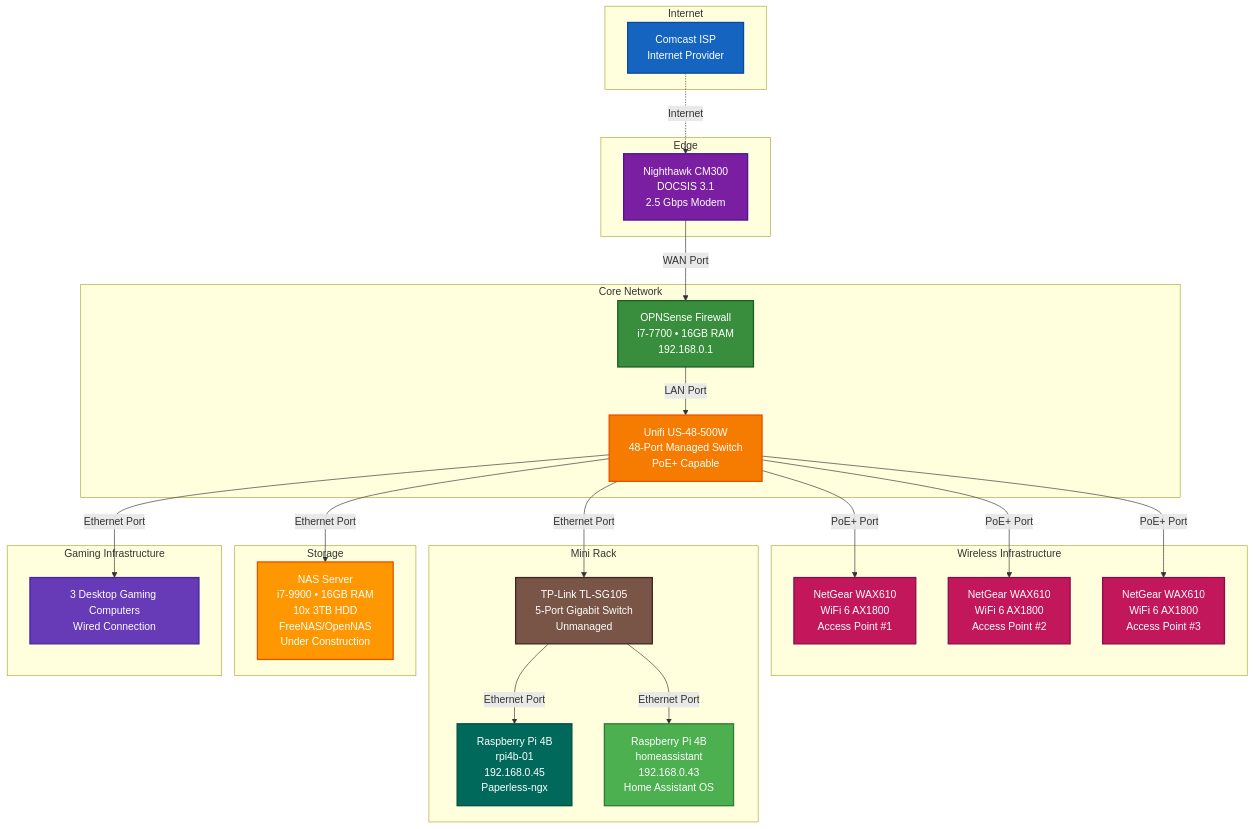
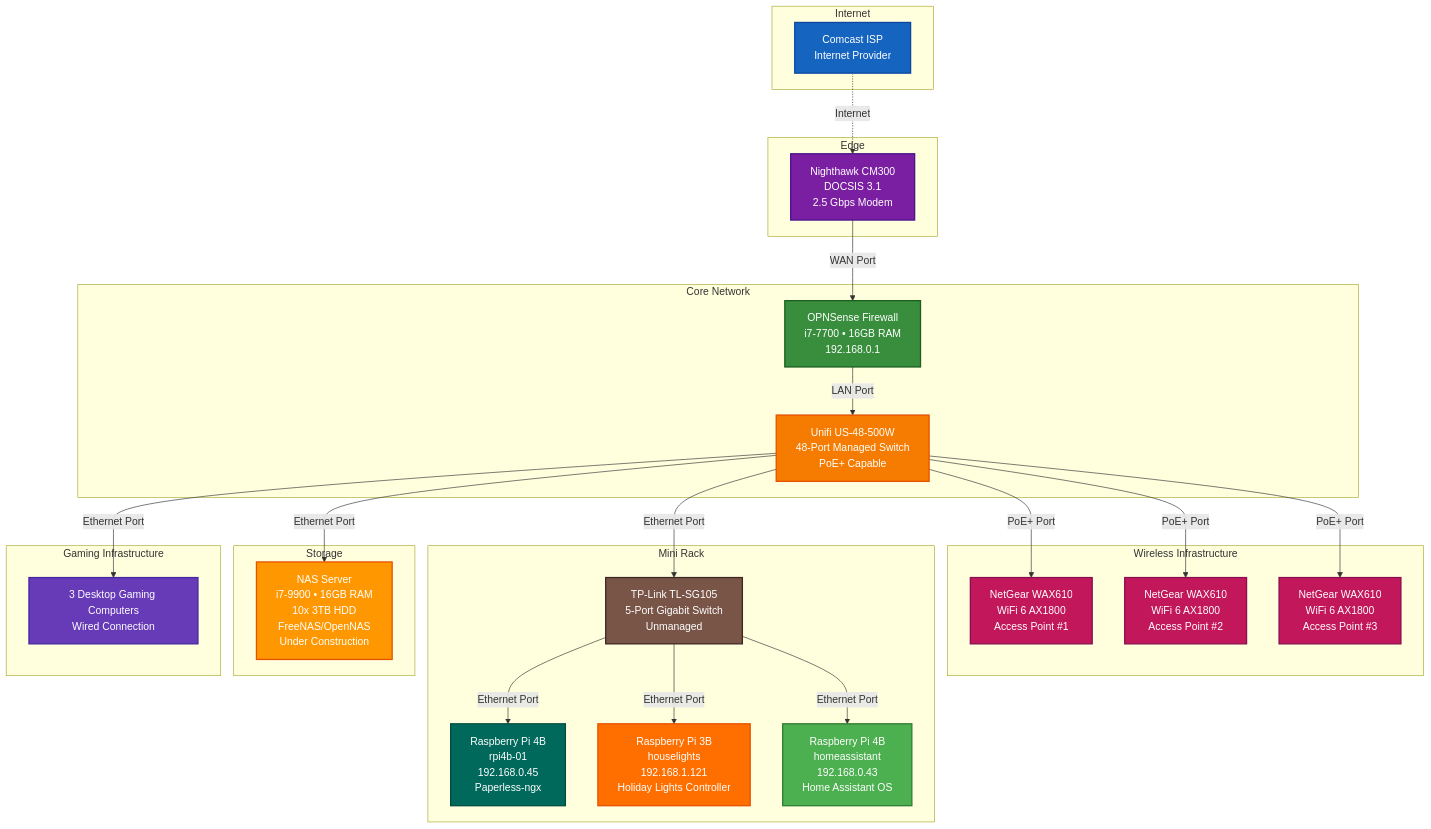
One commit to deathbreakfast/homelab changed the first of 2 diagrams in README.md. Above: the diagram before and after it, drawn with Mermaid. The commit also changed other lines of this file and 11 other files, not shown here.

````diff
--- a/README.md
+++ b/README.md
@@ -22,60 +22,63 @@
 ```mermaid
 graph TD
     subgraph "Internet"
         A[Comcast ISP<br/>Internet Provider]
     end
     
     subgraph "Edge"
         B[Nighthawk CM300<br/>DOCSIS 3.1<br/>2.5 Gbps Modem]
     end
     
     subgraph "Core Network"
         C[OPNSense Firewall<br/>i7-7700 • 16GB RAM<br/>192.168.0.1]
         D[Unifi US-48-500W<br/>48-Port Managed Switch<br/>PoE+ Capable]
     end
     
     subgraph "Wireless Infrastructure"
         E[NetGear WAX610<br/>WiFi 6 AX1800<br/>Access Point #1]
         F[NetGear WAX610<br/>WiFi 6 AX1800<br/>Access Point #2]
         G[NetGear WAX610<br/>WiFi 6 AX1800<br/>Access Point #3]
     end
     
     subgraph "Mini Rack"
         I[TP-Link TL-SG105<br/>5-Port Gigabit Switch<br/>Unmanaged]
         H[Raspberry Pi 4B<br/>rpi4b-01<br/>192.168.0.45<br/>Paperless-ngx]
+        HL[Raspberry Pi 3B<br/>houselights<br/>192.168.1.121<br/>Holiday Lights Controller]
         J[Raspberry Pi 4B<br/>homeassistant<br/>192.168.0.43<br/>Home Assistant OS]
     end
     
     subgraph "Storage"
         K[NAS Server<br/>i7-9900 • 16GB RAM<br/>10x 3TB HDD<br/>FreeNAS/OpenNAS<br/>Under Construction]
     end
     
     subgraph "Gaming Infrastructure"
         L[3 Desktop Gaming Computers<br/>Wired Connection]
     end
     
     A -.->|Internet| B
     B -->|WAN Port| C
     C -->|LAN Port| D
     D -->|PoE+ Port| E
     D -->|PoE+ Port| F
     D -->|PoE+ Port| G
     D -->|Ethernet Port| I
     D -->|Ethernet Port| K
     D -->|Ethernet Port| L
     I -->|Ethernet Port| H
+    I -->|Ethernet Port| HL
     I -->|Ethernet Port| J
     
     style A fill:#1565c0,color:#ffffff,stroke:#0d47a1,stroke-width:2px
     style B fill:#7b1fa2,color:#ffffff,stroke:#4a148c,stroke-width:2px
     style C fill:#388e3c,color:#ffffff,stroke:#1b5e20,stroke-width:2px
     style D fill:#f57c00,color:#ffffff,stroke:#e65100,stroke-width:2px
     style E fill:#c2185b,color:#ffffff,stroke:#880e4f,stroke-width:2px
     style F fill:#c2185b,color:#ffffff,stroke:#880e4f,stroke-width:2px
     style G fill:#c2185b,color:#ffffff,stroke:#880e4f,stroke-width:2px
     style I fill:#795548,color:#ffffff,stroke:#3e2723,stroke-width:2px
     style H fill:#00695c,color:#ffffff,stroke:#004d40,stroke-width:2px
+    style HL fill:#ff6f00,color:#ffffff,stroke:#e65100,stroke-width:2px
     style J fill:#4caf50,color:#ffffff,stroke:#2e7d32,stroke-width:2px
     style K fill:#ff9800,color:#ffffff,stroke:#e65100,stroke-width:2px
     style L fill:#673ab7,color:#ffffff,stroke:#4527a0,stroke-width:2px
 ```
````
